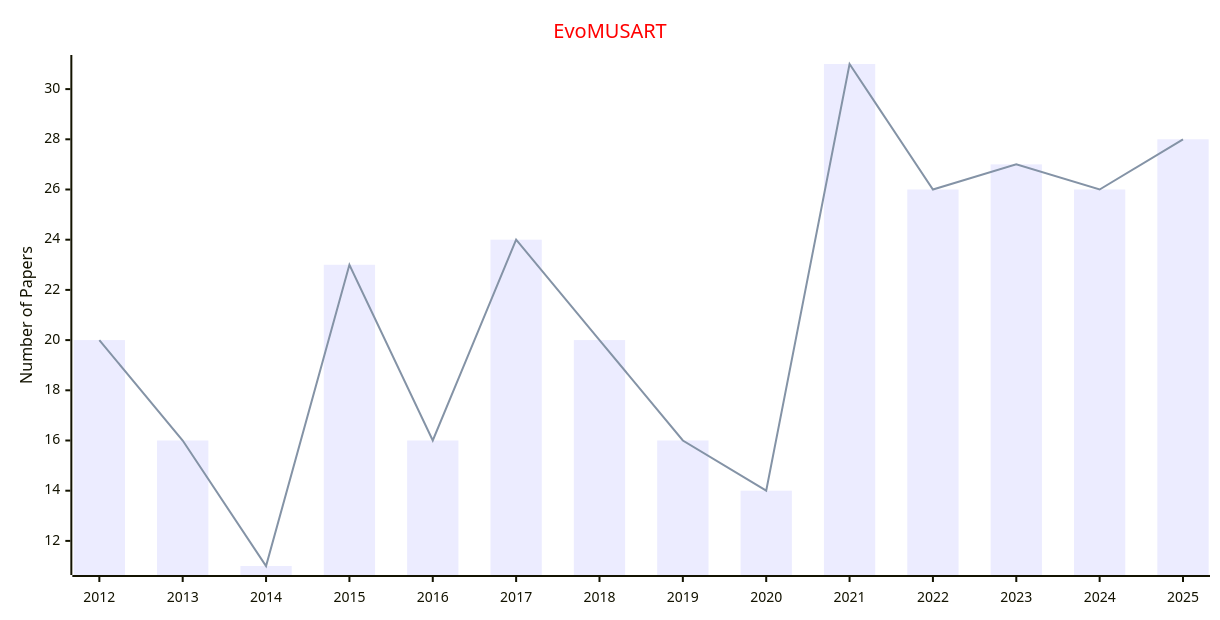
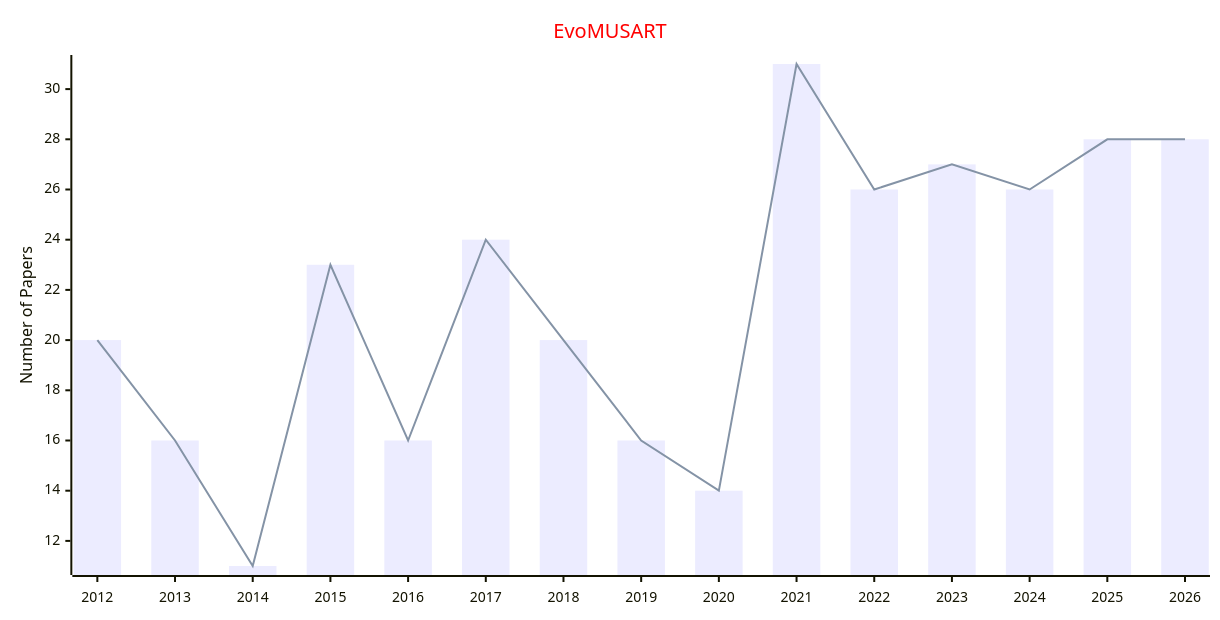
Before and after one commit to Easy-PhD/AILinks: the sixth of 9 diagrams in docs/data/Conferences/Publishers_Conferences/SPRINGER.md, drawn with Mermaid. The commit also changed other lines of this file and 15 other files, not shown here.

````diff
--- a/docs/data/Conferences/Publishers_Conferences/SPRINGER.md
+++ b/docs/data/Conferences/Publishers_Conferences/SPRINGER.md
@@ -147,17 +147,17 @@
 ```mermaid
 ---
 config:
     xyChart:
         width: 1200
         height: 600
     themeVariables:
         xyChart:
             titleColor: "#ff0000"
 ---
 xychart-beta
     title "EvoMUSART"
-    x-axis [2012, 2013, 2014, 2015, 2016, 2017, 2018, 2019, 2020, 2021, 2022, 2023, 2024, 2025]
+    x-axis [2012, 2013, 2014, 2015, 2016, 2017, 2018, 2019, 2020, 2021, 2022, 2023, 2024, 2025, 2026]
     y-axis "Number of Papers"
-    bar [20, 16, 11, 23, 16, 24, 20, 16, 14, 31, 26, 27, 26, 28]
-    line [20, 16, 11, 23, 16, 24, 20, 16, 14, 31, 26, 27, 26, 28]
+    bar [20, 16, 11, 23, 16, 24, 20, 16, 14, 31, 26, 27, 26, 28, 28]
+    line [20, 16, 11, 23, 16, 24, 20, 16, 14, 31, 26, 27, 26, 28, 28]
 ```
````
